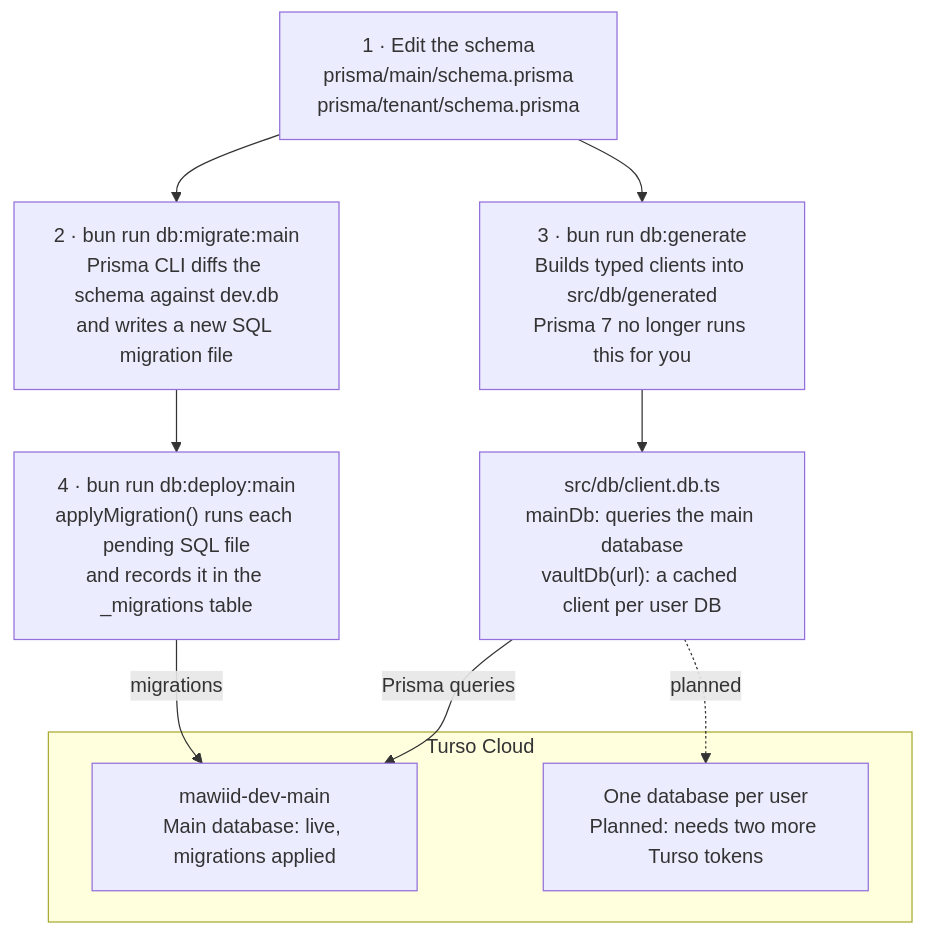
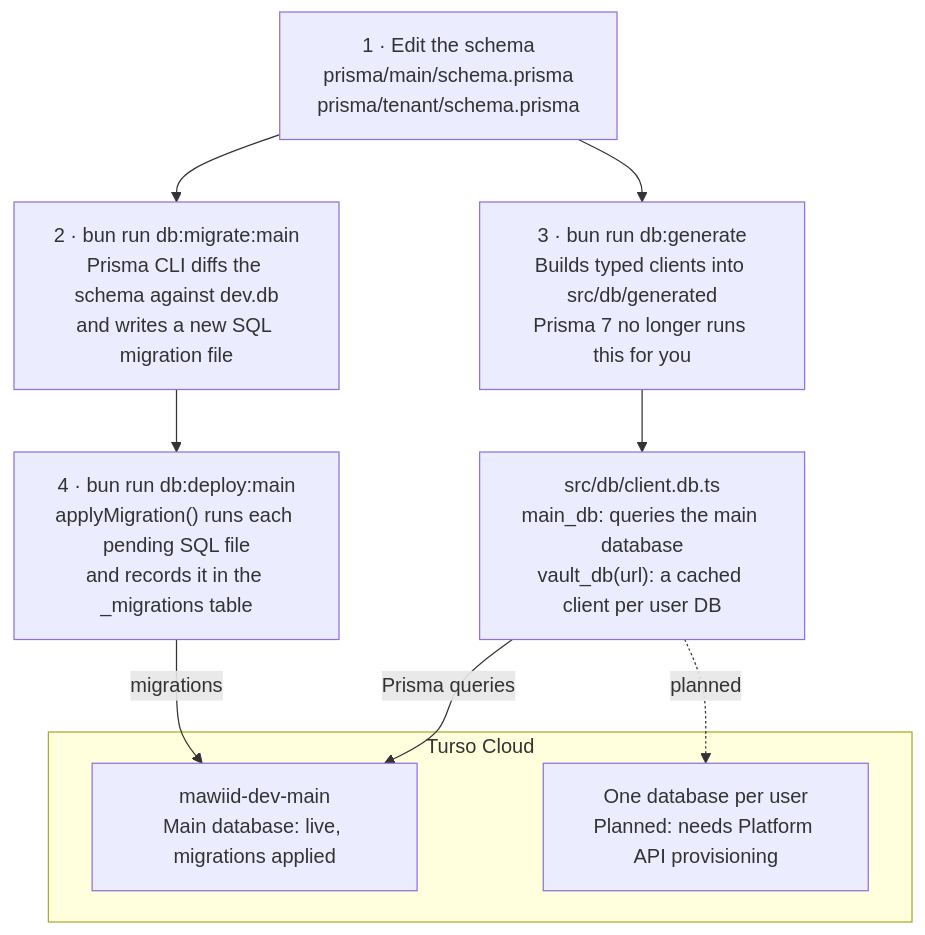
Before and after one commit to salimhm/mawiid: the diagram in docs/backend-database-setup.md, drawn with Mermaid. The commit also changed other lines of this file and 16 other files, not shown here.

````diff
--- a/docs/backend-database-setup.md
+++ b/docs/backend-database-setup.md
@@ -9,19 +9,19 @@
 ```mermaid
 flowchart TD
     A["1 · Edit the schema<br/>prisma/main/schema.prisma<br/>prisma/tenant/schema.prisma"]
     B["2 · bun run db:migrate:main<br/>Prisma CLI diffs the schema against dev.db<br/>and writes a new SQL migration file"]
     C["3 · bun run db:generate<br/>Builds typed clients into src/db/generated<br/>Prisma 7 no longer runs this for you"]
     D["4 · bun run db:deploy:main<br/>applyMigration() runs each pending SQL file<br/>and records it in the _migrations table"]
-    E["src/db/client.db.ts<br/>mainDb: queries the main database<br/>vaultDb(url): a cached client per user DB"]
+    E["src/db/client.db.ts<br/>main_db: queries the main database<br/>vault_db(url): a cached client per user DB"]
     subgraph Turso["Turso Cloud"]
         F["mawiid-dev-main<br/>Main database: live, migrations applied"]
-        G["One database per user<br/>Planned: needs two more Turso tokens"]
+        G["One database per user<br/>Planned: needs Platform API provisioning"]
     end
     A --> B
     A --> C
     B --> D
     C --> E
     D -- migrations --> F
     E -- Prisma queries --> F
     E -. planned .-> G
 ```
````
